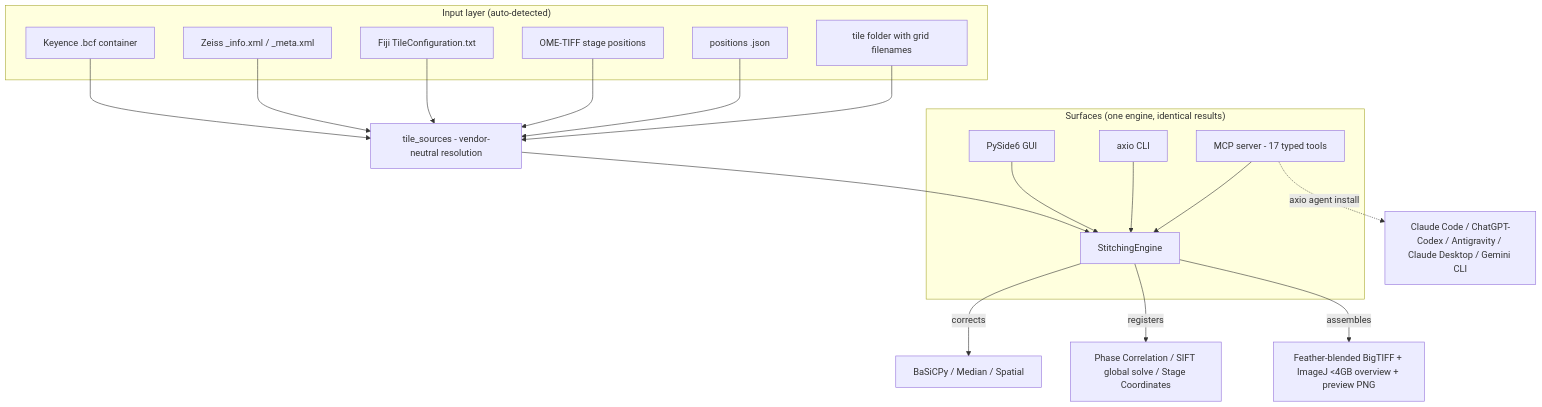
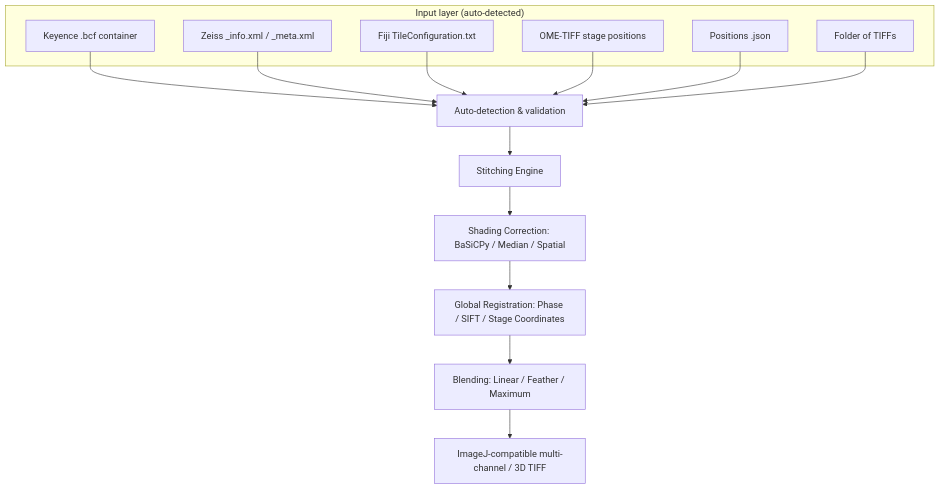
Before and after one commit to phwr9jj7-beep/AXIO_Sticthing: the diagram in README.md, drawn with Mermaid. The commit also changed other lines of this file and 7 other files, not shown here.

````diff
--- a/README.md
+++ b/README.md
@@ -39,22 +39,22 @@
 ```mermaid
 graph TD
     subgraph "Input layer (auto-detected)"
         S0[Keyence .bcf container]
         S1[Zeiss _info.xml / _meta.xml]
         S2[Fiji TileConfiguration.txt]
         S3[OME-TIFF stage positions]
-        S4[positions .json]
-        S5[tile folder with grid filenames]
+        S4[Positions .json]
+        S5[Folder of TIFFs]
     end
-    S0 & S1 & S2 & S3 & S4 & S5 --> TS[tile_sources - vendor-neutral resolution]
-    TS --> E[StitchingEngine]
-    E -->|corrects| C[BaSiCPy / Median / Spatial]
-    E -->|registers| R[Phase Correlation / SIFT global solve / Stage Coordinates]
-    E -->|assembles| O[Feather-blended BigTIFF + ImageJ <4GB overview + preview PNG]
-    subgraph "Surfaces (one engine, identical results)"
-        GUI[PySide6 GUI] --> E
-        CLI[axio CLI] --> E
-        MCP[MCP server - 17 typed tools] --> E
-    end
-    MCP -.->|axio agent install| AG[Claude Code / ChatGPT-Codex / Antigravity / Claude Desktop / Gemini CLI]
+    S0 --> D[Auto-detection & validation]
+    S1 --> D
+    S2 --> D
+    S3 --> D
+    S4 --> D
+    S5 --> D
+    D --> E[Stitching Engine]
+    E --> C[Shading Correction: BaSiCPy / Median / Spatial]
+    C --> R[Global Registration: Phase / SIFT / Stage Coordinates]
+    R --> B[Blending: Linear / Feather / Maximum]
+    B --> O[ImageJ-compatible multi-channel / 3D TIFF]
 ```
````
